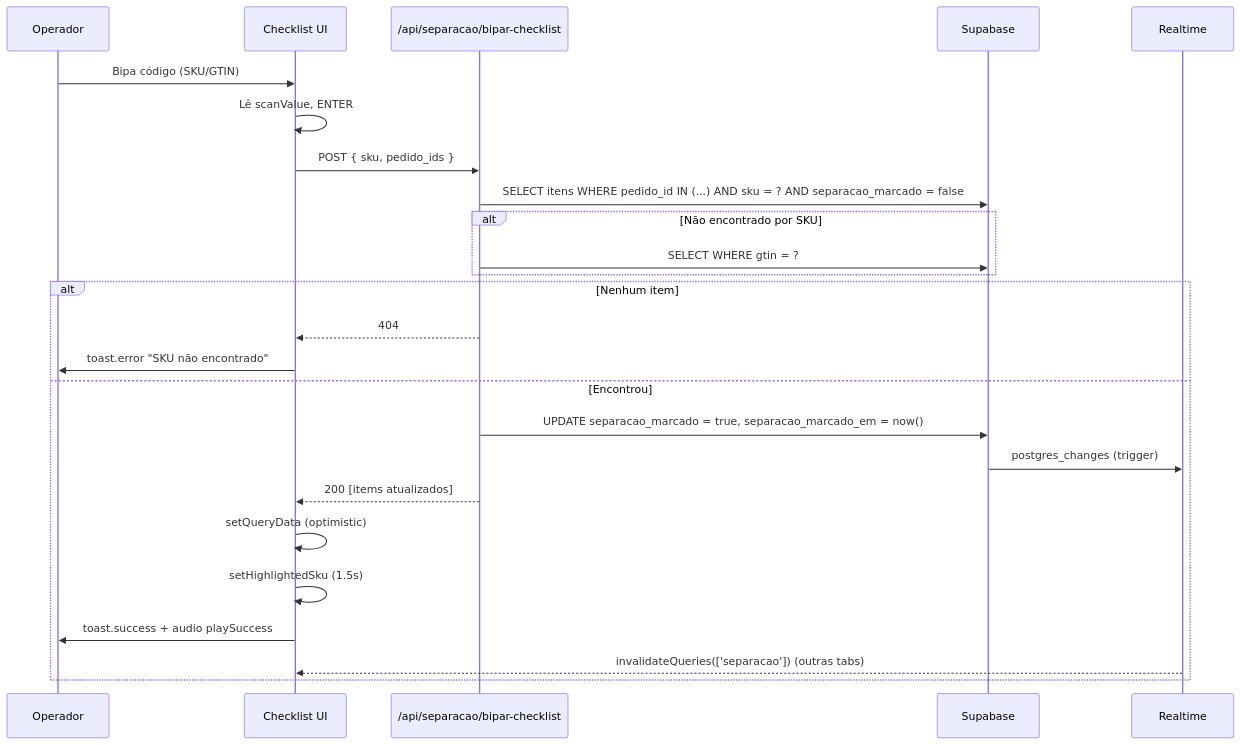
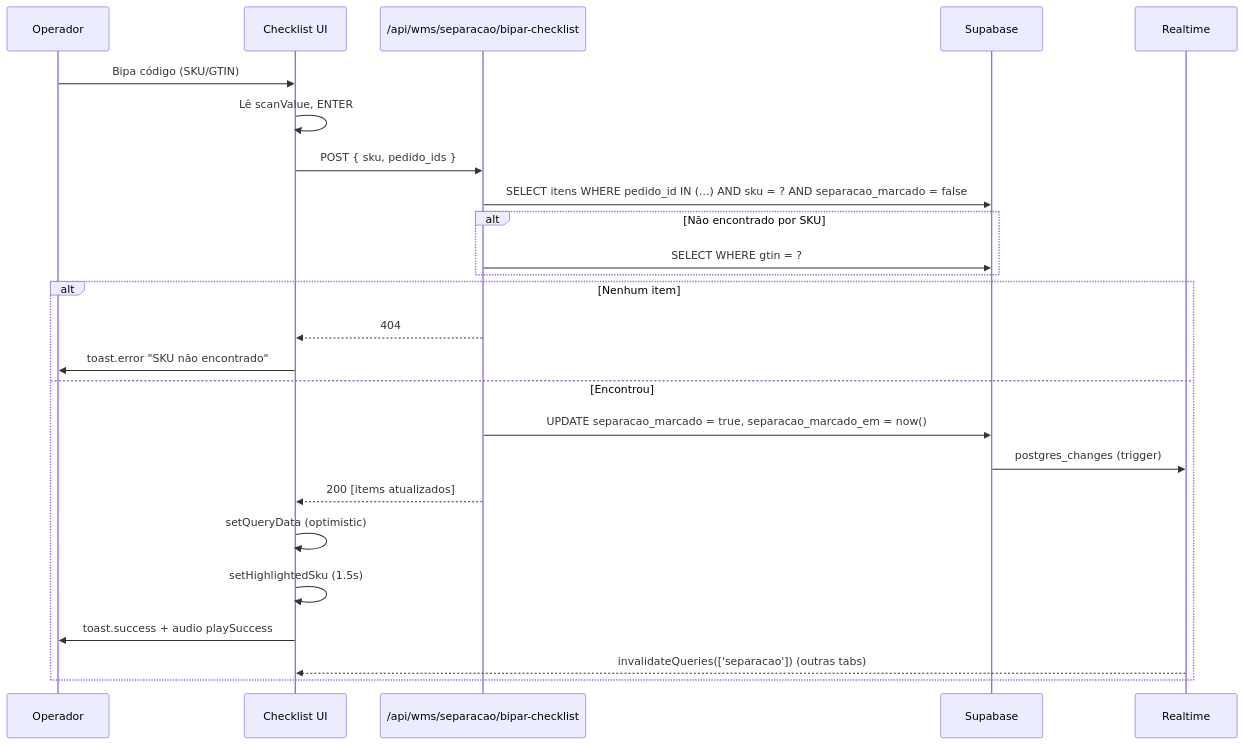
One commit to Eryk-dev/estoquelever changed the third of 6 diagrams in docs/fluxos/05-separacao-wave-picking.md. Above: the diagram before and after it, drawn with Mermaid. The commit also changed other lines of this file and 20 other files, not shown here.

````diff
--- a/docs/fluxos/05-separacao-wave-picking.md
+++ b/docs/fluxos/05-separacao-wave-picking.md
@@ -1184,28 +1184,28 @@
 ```mermaid
 sequenceDiagram
     participant Op as Operador
     participant UI as Checklist UI
-    participant API as /api/separacao/bipar-checklist
+    participant API as /api/wms/separacao/bipar-checklist
     participant DB as Supabase
     participant RT as Realtime
 
     Op->>UI: Bipa código (SKU/GTIN)
     UI->>UI: Lê scanValue, ENTER
     UI->>API: POST { sku, pedido_ids }
     API->>DB: SELECT itens WHERE pedido_id IN (...) AND sku = ? AND separacao_marcado = false
     alt Não encontrado por SKU
         API->>DB: SELECT WHERE gtin = ?
     end
     alt Nenhum item
         API-->>UI: 404
         UI->>Op: toast.error "SKU não encontrado"
     else Encontrou
         API->>DB: UPDATE separacao_marcado = true, separacao_marcado_em = now()
         DB->>RT: postgres_changes (trigger)
         API-->>UI: 200 [items atualizados]
         UI->>UI: setQueryData (optimistic)
         UI->>UI: setHighlightedSku (1.5s)
         UI->>Op: toast.success + audio playSuccess
         RT-->>UI: invalidateQueries(['separacao']) (outras tabs)
     end
 ```
````
